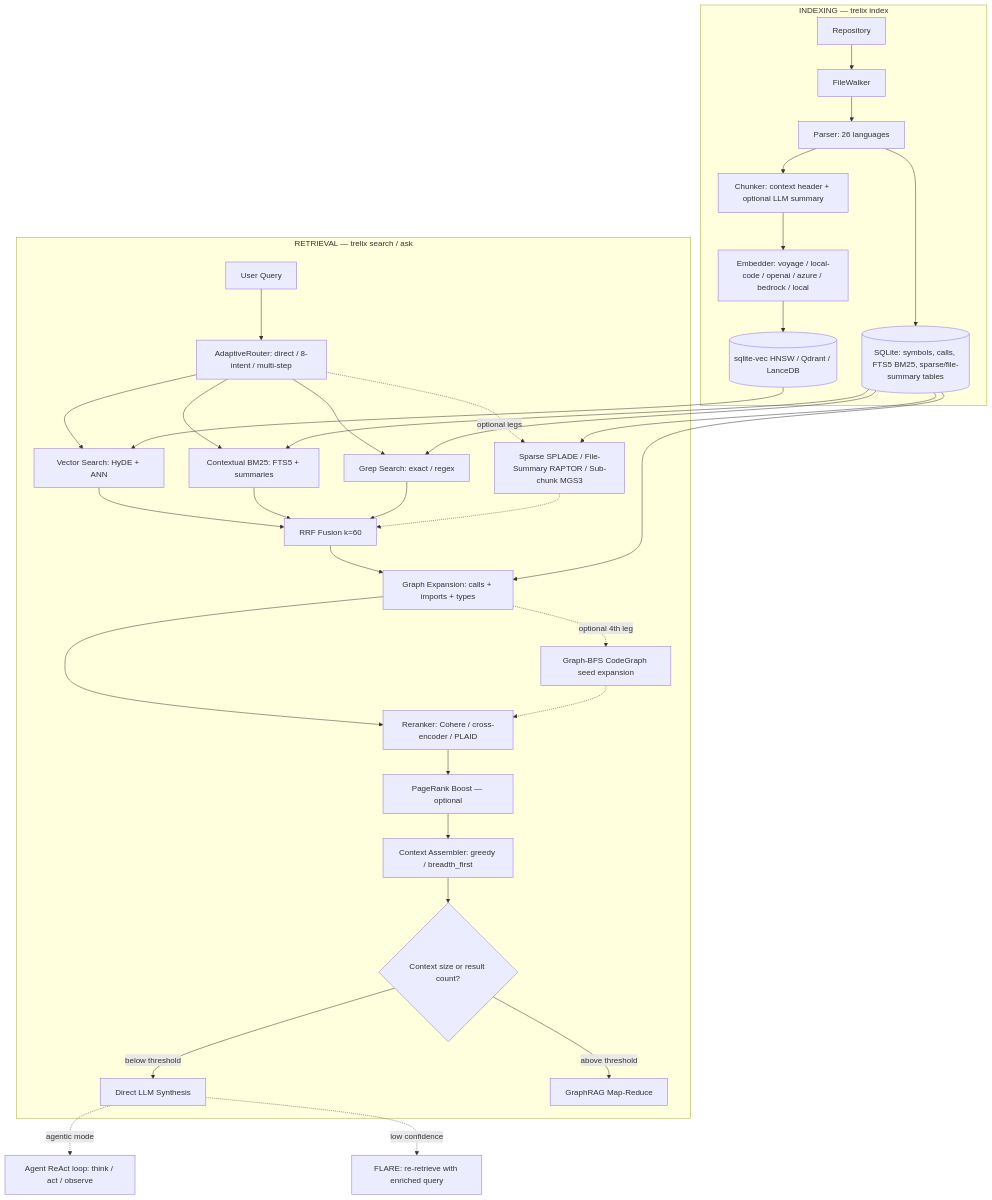
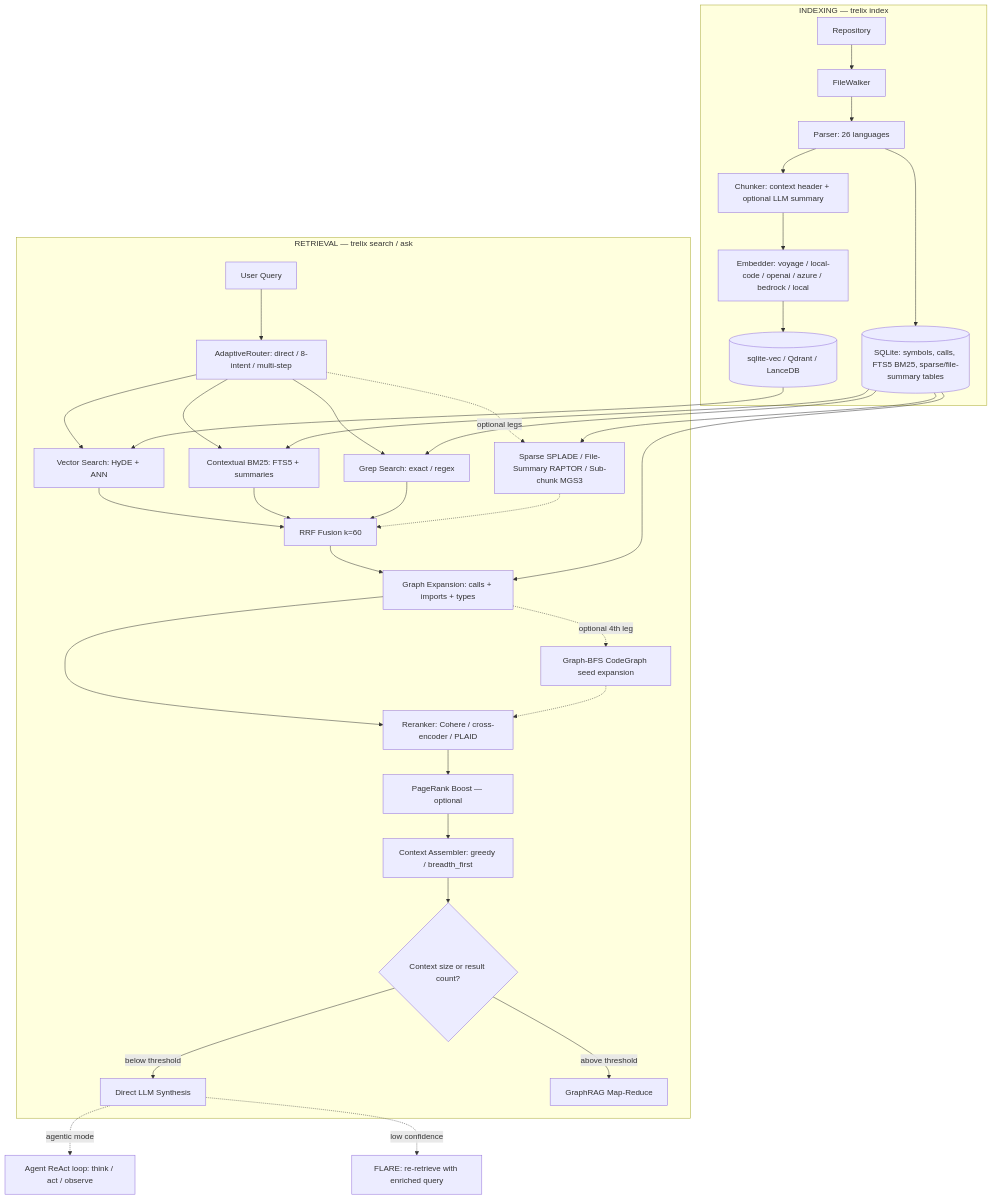
One commit to sairam0424/trelix changed the diagram in README.md. Above: the diagram before and after it, drawn with Mermaid. The commit also changed other lines of this file and 6 other files, not shown here.

First line of the commit message:
fix(store): remove dead sqlite-vec HNSW attempt, correct docs

````diff
--- a/README.md
+++ b/README.md
@@ -500,41 +497,41 @@
 ```mermaid
 flowchart TD
     subgraph INDEXING["INDEXING — trelix index"]
         A[Repository] --> B[FileWalker]
         B --> C[Parser: 26 languages]
         C --> D[Chunker: context header + optional LLM summary]
         D --> E[Embedder: voyage / local-code / openai / azure / bedrock / local]
-        E --> F[(sqlite-vec HNSW / Qdrant / LanceDB)]
+        E --> F[(sqlite-vec / Qdrant / LanceDB)]
         C --> G[(SQLite: symbols, calls, FTS5 BM25, sparse/file-summary tables)]
     end
 
     subgraph RETRIEVAL["RETRIEVAL — trelix search / ask"]
         H[User Query] --> I[AdaptiveRouter: direct / 8-intent / multi-step]
         I --> J[Vector Search: HyDE + ANN]
         I --> K[Contextual BM25: FTS5 + summaries]
         I --> L[Grep Search: exact / regex]
         I -.->|optional legs| L2[Sparse SPLADE / File-Summary RAPTOR / Sub-chunk MGS3]
         J --> M[RRF Fusion k=60]
         K --> M
         L --> M
         L2 -.-> M
         M --> N[Graph Expansion: calls + imports + types]
         N -.->|optional 4th leg| N2[Graph-BFS CodeGraph seed expansion]
         N --> O[Reranker: Cohere / cross-encoder / PLAID]
         N2 -.-> O
         O --> P2[PageRank Boost — optional]
         P2 --> P[Context Assembler: greedy / breadth_first]
         P --> Q{Context size or result count?}
         Q -->|below threshold| R[Direct LLM Synthesis]
         Q -->|above threshold| S[GraphRAG Map-Reduce]
     end
 
     F --> J
     G --> K
     G --> L
     G --> L2
     G --> N
 
     R -.->|agentic mode| T[Agent ReAct loop: think / act / observe]
     R -.->|low confidence| U[FLARE: re-retrieve with enriched query]
 ```
````
